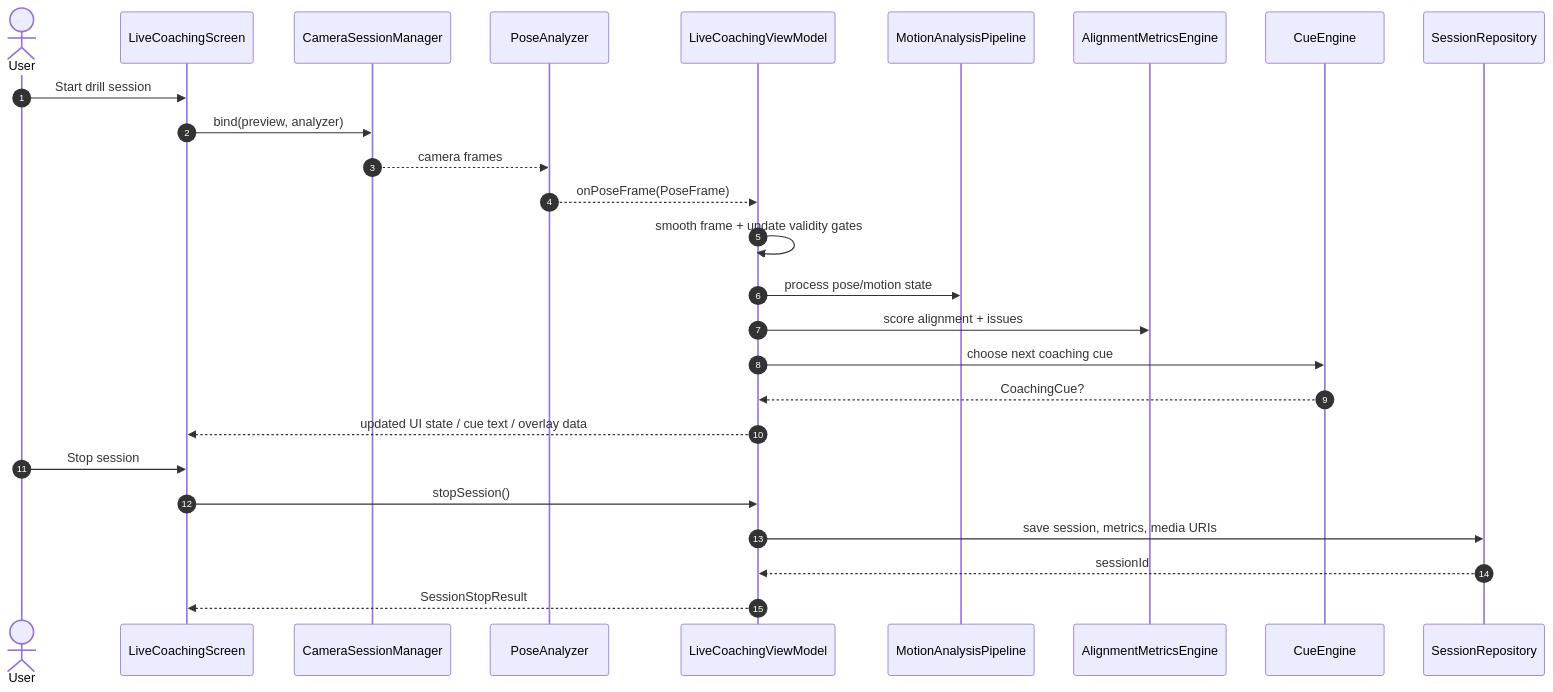
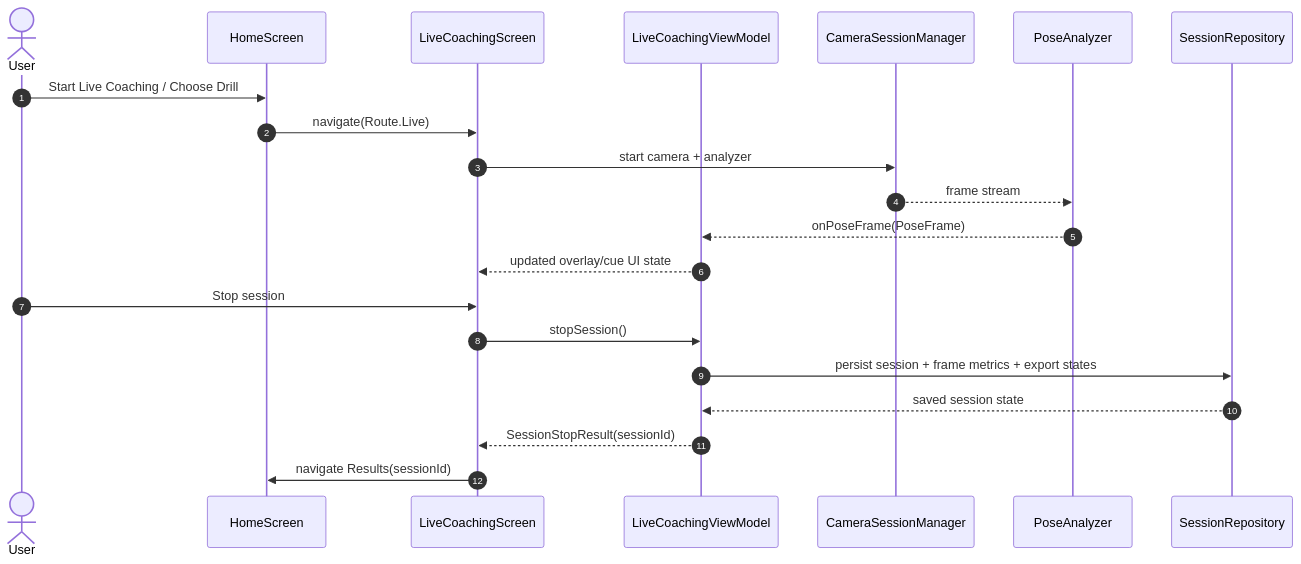
One commit to Voycepeh/Handstand-App changed the third of 5 diagrams in README.md. Above: the diagram before and after it, drawn with Mermaid. The commit also changed other lines of this file and 3 other files, not shown here.

Commit message:
Harden live/upload integration states and refresh architecture docs

````diff
--- a/README.md
+++ b/README.md
@@ -143,29 +198,25 @@
 ```mermaid
 sequenceDiagram
     autonumber
     actor User
+    participant Home as HomeScreen
     participant Live as LiveCoachingScreen
+    participant VM as LiveCoachingViewModel
     participant Cam as CameraSessionManager
     participant Analyzer as PoseAnalyzer
-    participant VM as LiveCoachingViewModel
-    participant Motion as MotionAnalysisPipeline
-    participant Align as AlignmentMetricsEngine
-    participant Cue as CueEngine
     participant Repo as SessionRepository
 
-    User->>Live: Start drill session
-    Live->>Cam: bind(preview, analyzer)
-    Cam-->>Analyzer: camera frames
+    User->>Home: Start Live Coaching / Choose Drill
+    Home->>Live: navigate(Route.Live)
+    Live->>Cam: start camera + analyzer
+    Cam-->>Analyzer: frame stream
     Analyzer-->>VM: onPoseFrame(PoseFrame)
-    VM->>VM: smooth frame + update validity gates
-    VM->>Motion: process pose/motion state
-    VM->>Align: score alignment + issues
-    VM->>Cue: choose next coaching cue
-    Cue-->>VM: CoachingCue?
-    VM-->>Live: updated UI state / cue text / overlay data
+    VM-->>Live: updated overlay/cue UI state
+
     User->>Live: Stop session
     Live->>VM: stopSession()
-    VM->>Repo: save session, metrics, media URIs
-    Repo-->>VM: sessionId
-    VM-->>Live: SessionStopResult
+    VM->>Repo: persist session + frame metrics + export states
+    Repo-->>VM: saved session state
+    VM-->>Live: SessionStopResult(sessionId)
+    Live->>Home: navigate Results(sessionId)
 ```
````
